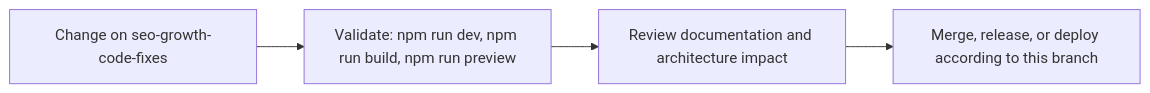
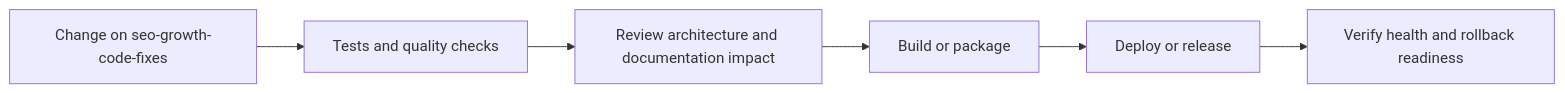
Before and after one commit to Nischhalsubba/nischhalsubba.com.np: the fourth of 5 diagrams in README.md, drawn with Mermaid. The commit also changed other lines of this file, not shown here.

````diff
--- a/README.md
+++ b/README.md
@@ -82,8 +167,8 @@
 ```mermaid
 flowchart LR
-    CHANGE["Change on seo-growth-code-fixes"]
-    CHECK["Validate: npm run dev, npm run build, npm run preview"]
-    REVIEW["Review documentation and architecture impact"]
-    RELEASE["Merge, release, or deploy according to this branch"]
-    CHANGE --> CHECK --> REVIEW --> RELEASE
+    CHANGE["Change on seo-growth-code-fixes"] --> CHECK["Tests and quality checks"]
+    CHECK --> REVIEW["Review architecture and documentation impact"]
+    REVIEW --> BUILD["Build or package"]
+    BUILD --> DEPLOY["Deploy or release"]
+    DEPLOY --> VERIFY["Verify health and rollback readiness"]
 ```
````
